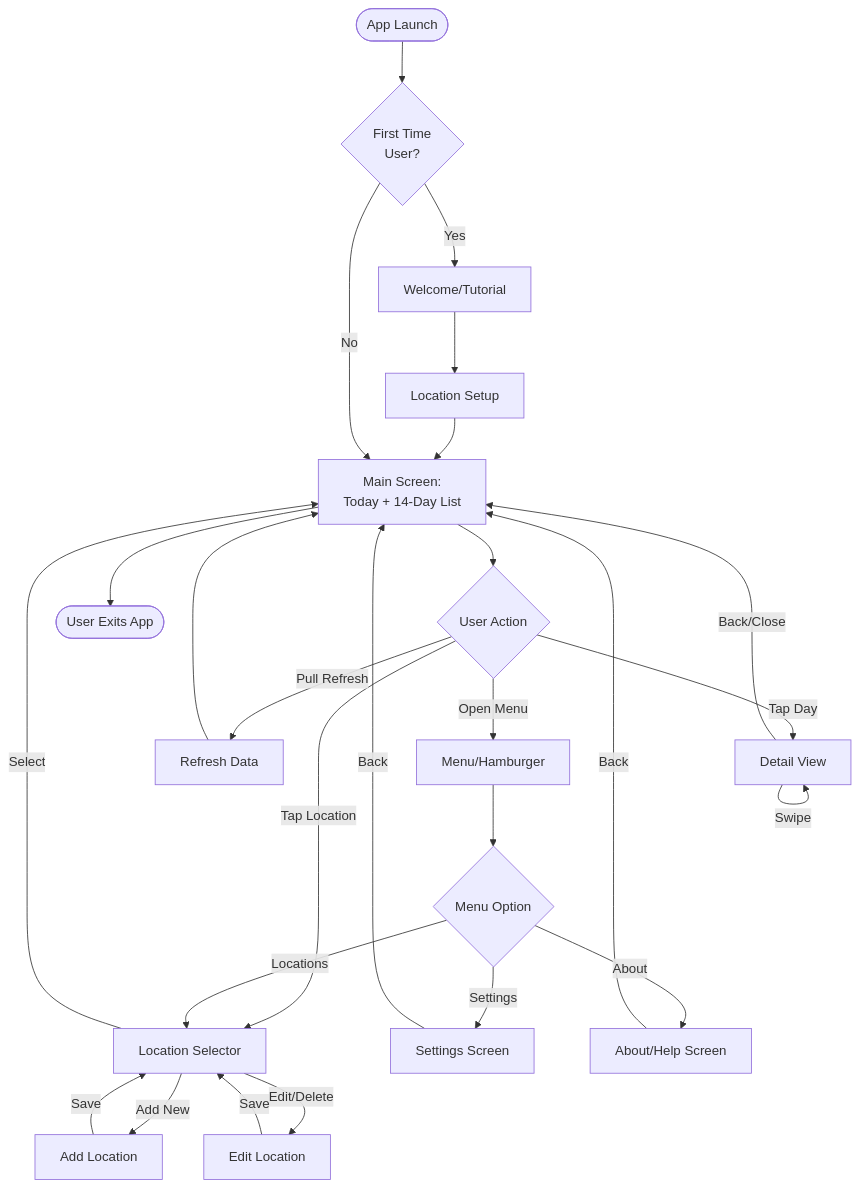
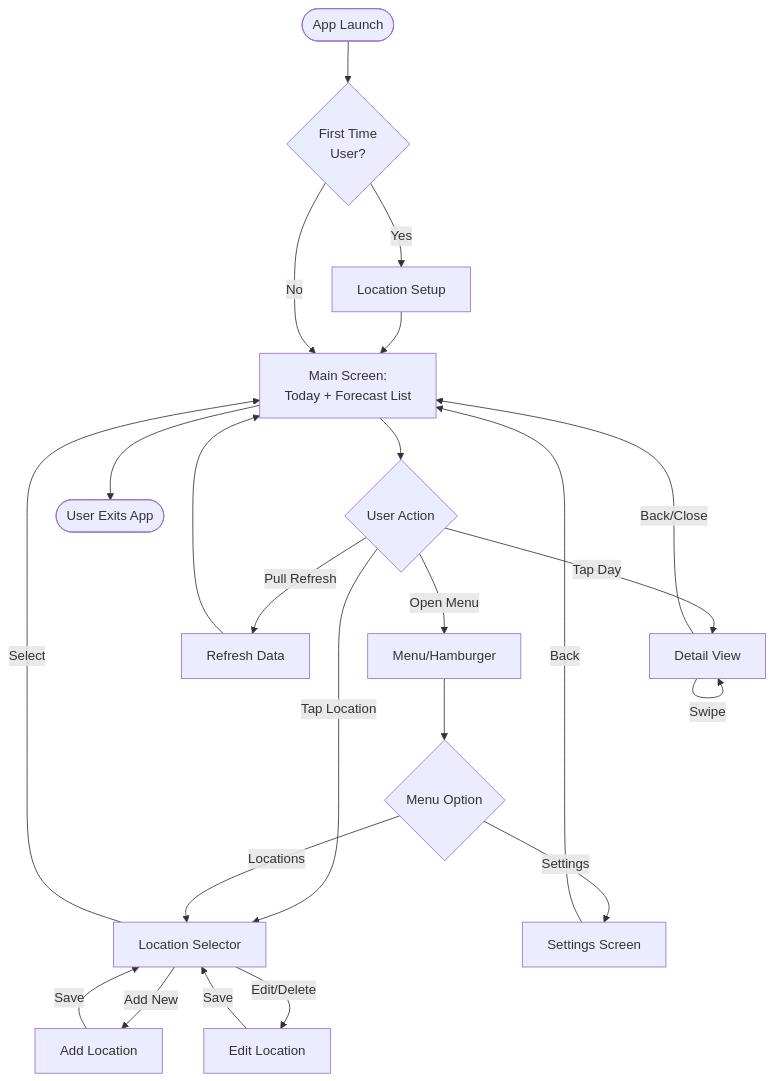
One commit to mkishine/moonrise-watcher-assistant changed the sixth of 8 diagrams in docs/design/user-flows/User_Flows.md. Above: the diagram before and after it, drawn with Mermaid. The commit also changed other lines of this file and 4 other files, not shown here.

First line of the commit message:
Proofread and synchronize PRD, user stories, and user flows (#2)

````diff
--- a/docs/design/user-flows/User_Flows.md
+++ b/docs/design/user-flows/User_Flows.md
@@ -252,39 +252,35 @@
 ```mermaid
 flowchart TD
     Start(["App Launch"]) --> FirstTime{"First Time<br>User?"}
 
-    FirstTime -->|Yes| Welcome["Welcome/Tutorial"]
-    Welcome --> Setup["Location Setup"]
+    FirstTime -->|Yes| Setup["Location Setup"]
     Setup --> Main
 
-    FirstTime -->|No| Main["Main Screen:<br>Today + 14-Day List"]
+    FirstTime -->|No| Main["Main Screen:<br>Today + Forecast List"]
 
     Main --> MainActions{"User Action"}
 
     MainActions -->|Tap Day| Detail["Detail View"]
     Detail -->|Back/Close| Main
     Detail -->|Swipe| Detail
 
     MainActions -->|Tap Location| LocSelector["Location Selector"]
     LocSelector -->|Select| Main
     LocSelector -->|Add New| AddLoc["Add Location"]
     AddLoc -->|Save| LocSelector
     LocSelector -->|Edit/Delete| EditLoc["Edit Location"]
     EditLoc -->|Save| LocSelector
 
     MainActions -->|Pull Refresh| Refresh["Refresh Data"]
     Refresh --> Main
 
     MainActions -->|Open Menu| Menu["Menu/Hamburger"]
     Menu --> MenuChoice{"Menu Option"}
 
     MenuChoice -->|Settings| Settings["Settings Screen"]
     Settings -->|Back| Main
 
-    MenuChoice -->|About| About["About/Help Screen"]
-    About -->|Back| Main
-
     MenuChoice -->|Locations| LocSelector
 
     Main --> Exit(["User Exits App"])
 ```
````
